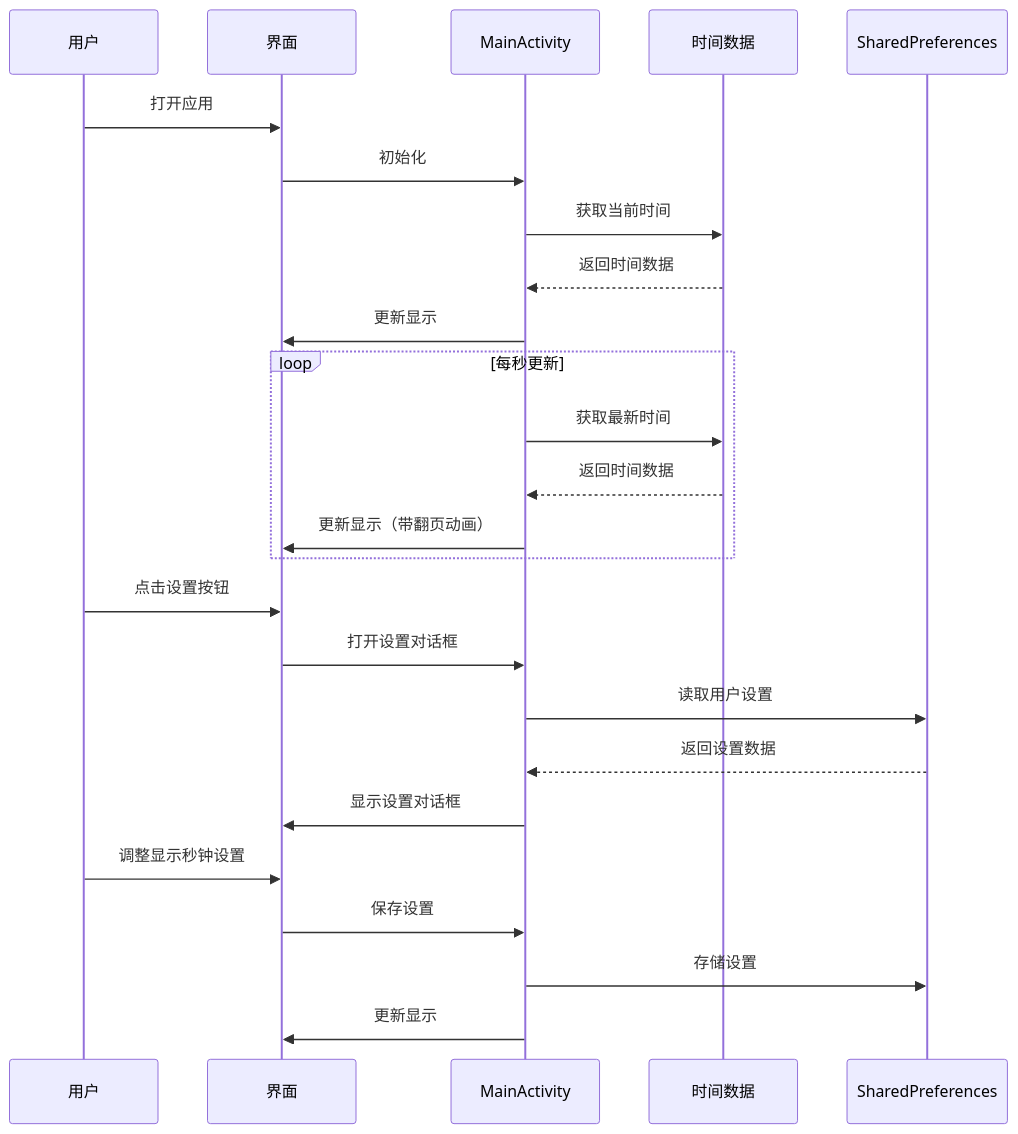
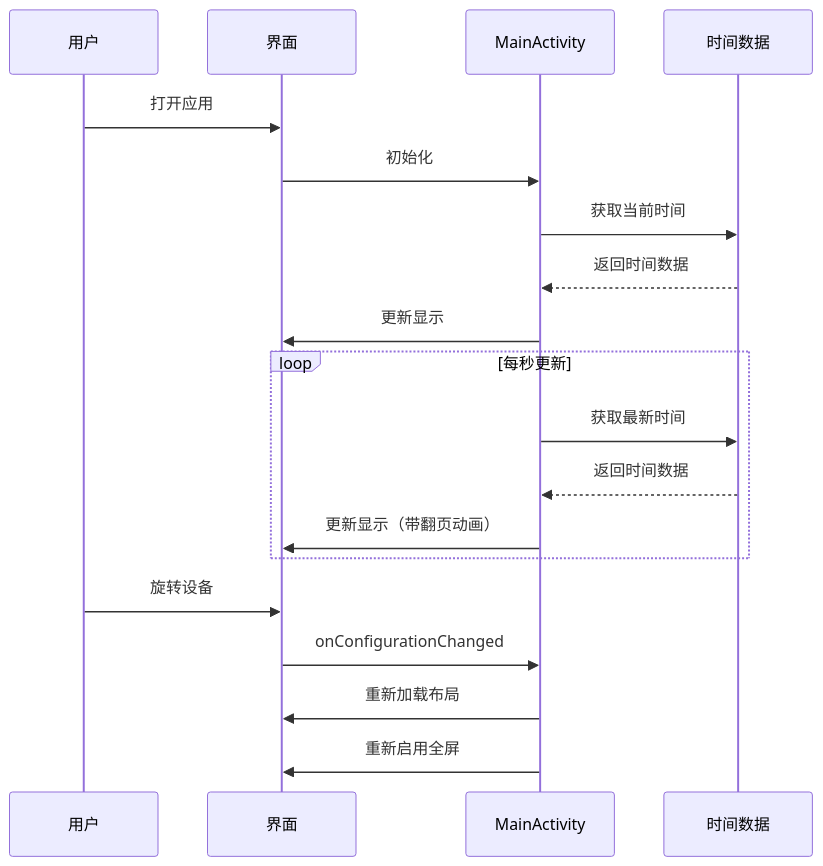
The diagram in docs/设计文档.md (rexinshimin-wang/flip_clock), drawn with Mermaid before and after one commit. The commit also changed other lines of this file and 4 other files, not shown here.

````diff
--- a/docs/设计文档.md
+++ b/docs/设计文档.md
@@ -24,31 +24,24 @@
 ```mermaid
 sequenceDiagram
     participant User as 用户
     participant UI as 界面
     participant Controller as MainActivity
     participant Model as 时间数据
-    participant Storage as SharedPreferences
 
     User->>UI: 打开应用
     UI->>Controller: 初始化
     Controller->>Model: 获取当前时间
     Model-->>Controller: 返回时间数据
     Controller->>UI: 更新显示
     
     loop 每秒更新
         Controller->>Model: 获取最新时间
         Model-->>Controller: 返回时间数据
         Controller->>UI: 更新显示（带翻页动画）
     end
     
-    User->>UI: 点击设置按钮
-    UI->>Controller: 打开设置对话框
-    Controller->>Storage: 读取用户设置
-    Storage-->>Controller: 返回设置数据
-    Controller->>UI: 显示设置对话框
-    
-    User->>UI: 调整显示秒钟设置
-    UI->>Controller: 保存设置
-    Controller->>Storage: 存储设置
-    Controller->>UI: 更新显示
+    User->>UI: 旋转设备
+    UI->>Controller: onConfigurationChanged
+    Controller->>UI: 重新加载布局
+    Controller->>UI: 重新启用全屏
 ```
````
